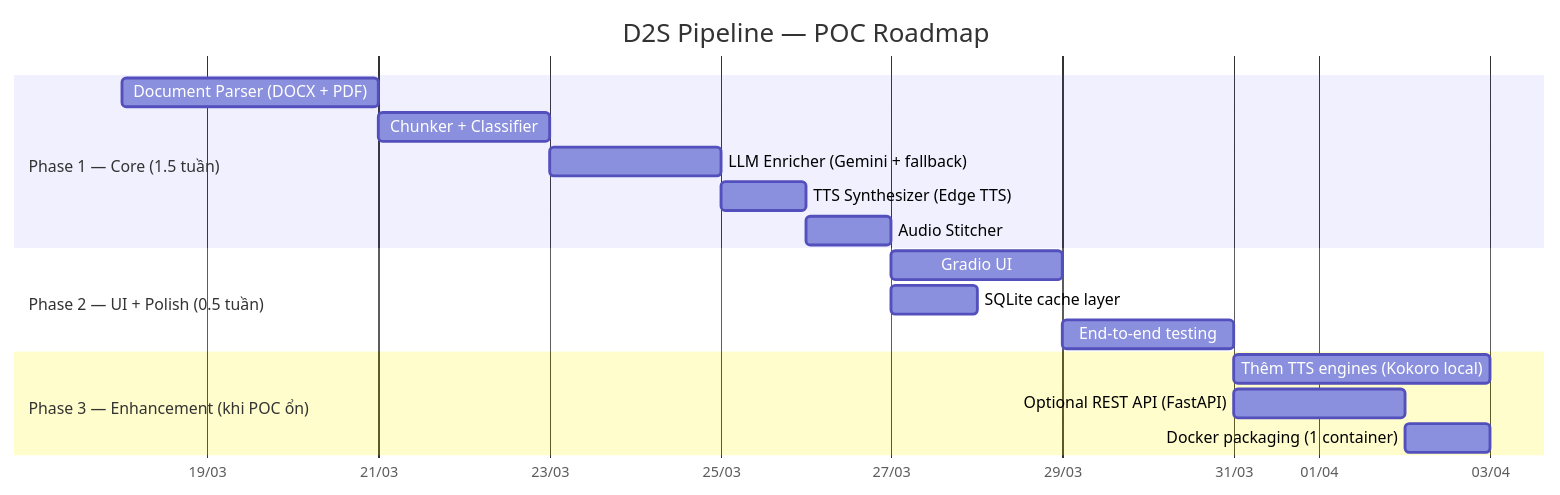
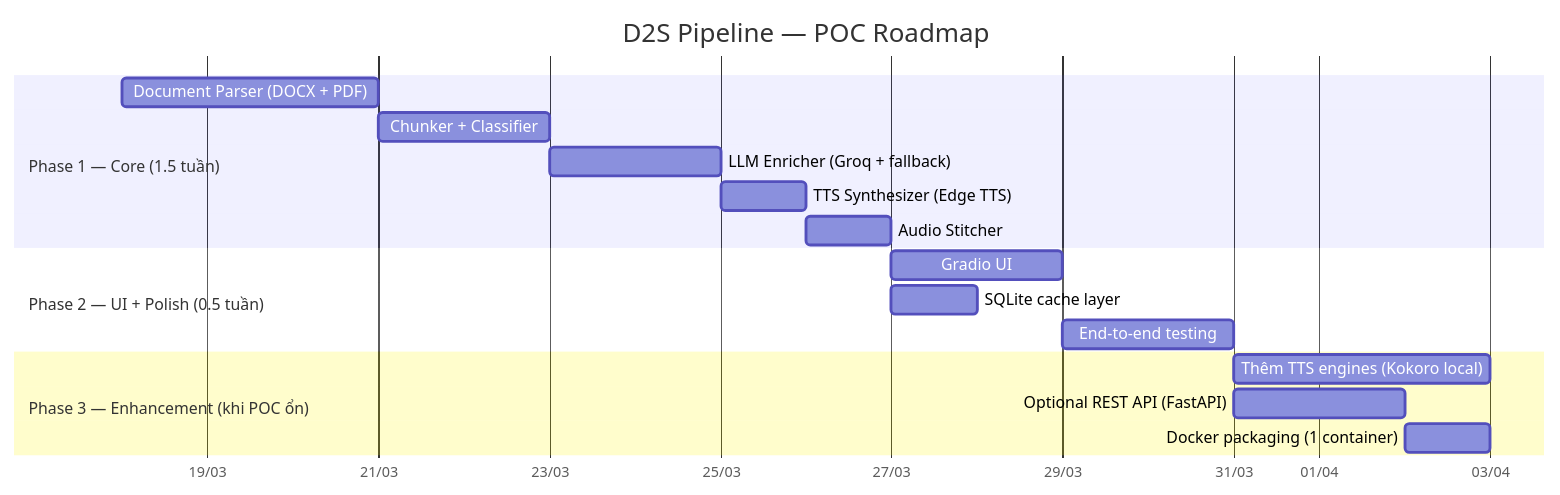
Before and after one commit to Learnheart/arxiv-to-speech: diagram 13 of 13 in architecture_init.md, drawn with Mermaid. The commit also changed other lines of this file and 25 other files, not shown here.

First line of the commit message:
Update architecture docs to Groq, add tests and improve parser/text_cleaner

````diff
--- a/architecture_init.md
+++ b/architecture_init.md
@@ -1086,23 +1075,23 @@
 ```mermaid
 gantt
     title D2S Pipeline — POC Roadmap
     dateFormat YYYY-MM-DD
     axisFormat %d/%m
 
     section Phase 1 — Core (1.5 tuần)
     Document Parser (DOCX + PDF)       :p1a, 2026-03-18, 3d
     Chunker + Classifier               :p1b, after p1a, 2d
-    LLM Enricher (Gemini + fallback)   :p1c, after p1b, 2d
+    LLM Enricher (Groq + fallback)    :p1c, after p1b, 2d
     TTS Synthesizer (Edge TTS)         :p1d, after p1c, 1d
     Audio Stitcher                     :p1e, after p1d, 1d
 
     section Phase 2 — UI + Polish (0.5 tuần)
     Gradio UI                          :p2a, after p1e, 2d
     SQLite cache layer                 :p2b, after p1e, 1d
     End-to-end testing                 :p2c, after p2a, 2d
 
     section Phase 3 — Enhancement (khi POC ổn)
     Thêm TTS engines (Kokoro local)    :p3a, after p2c, 3d
     Optional REST API (FastAPI)        :p3b, after p2c, 2d
     Docker packaging (1 container)     :p3c, after p3b, 1d
 ```
````
